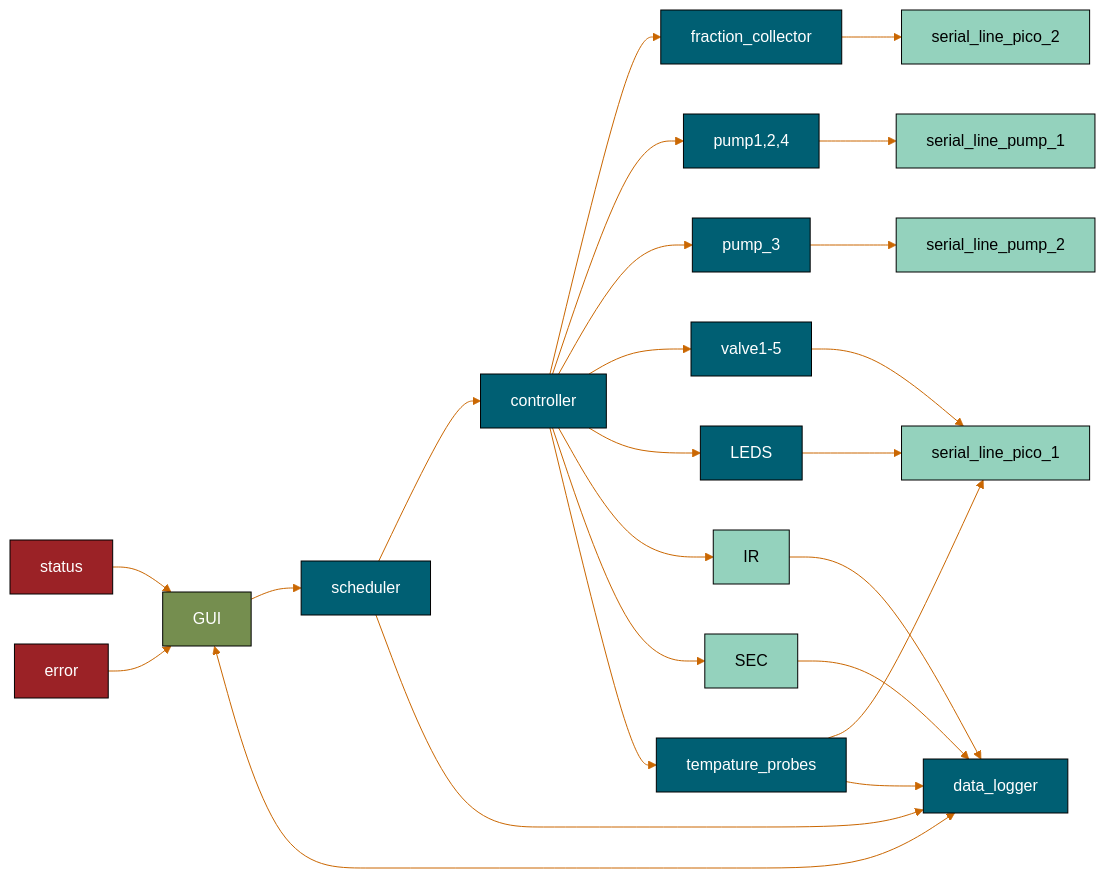
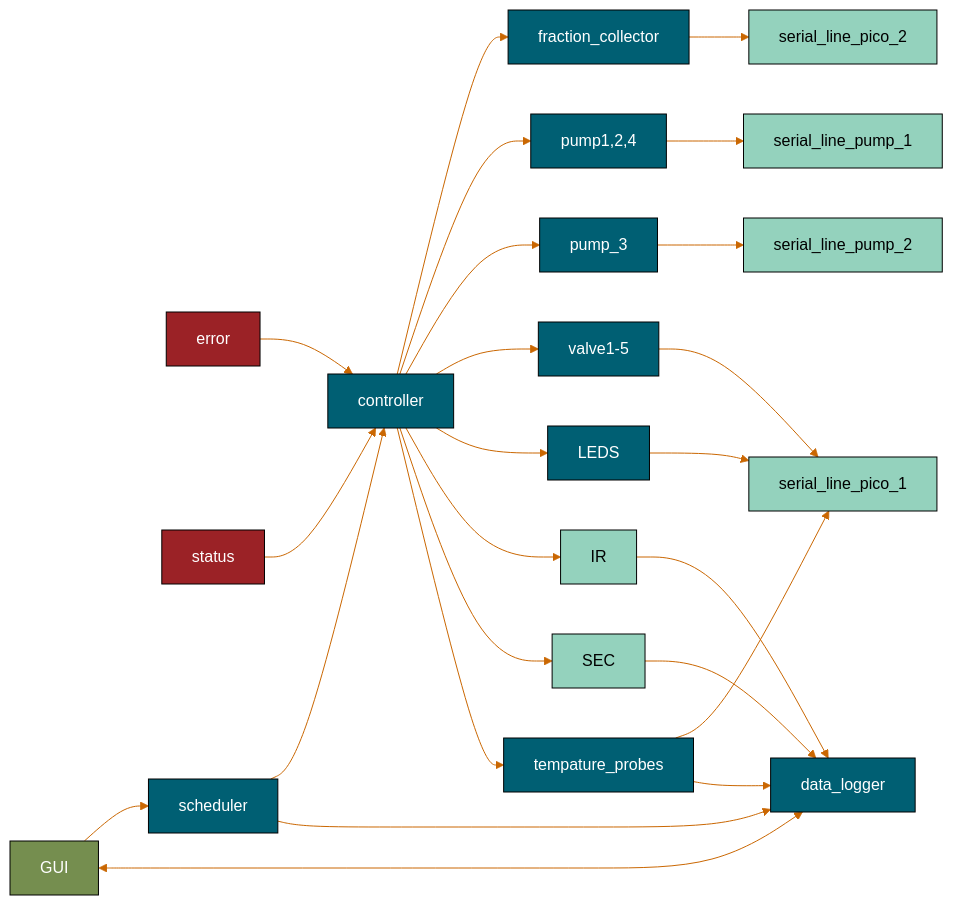
Before and after one commit to dylanwal/ChemBot: the second of 3 diagrams in runs/simple_setup/README.md, drawn with Mermaid. The commit also changed 34 other files, not shown here.

````diff
--- a/runs/simple_setup/README.md
+++ b/runs/simple_setup/README.md
@@ -112,65 +112,65 @@
 ```mermaid
 %%{
     init: {
     'theme':'base',
     'themeVariables': {
         'background': '#404e4d',
         'fontFamily': 'arial',
         'primaryColor': '#005f73',
         'primaryTextColor': '#ffffff',
         'primaryBorderColor': '#000000',
         'lineColor': '#ca6702',
         'tertiaryColor': '#fdf0d5',
         'tertiaryTextColor': '#000000'
     }
     }
 }%%
 flowchart LR
 
     error:::error
     status:::error
     controller
     pump1,2,4
     pump_3
     valve1-5
     serial_line_pump_1:::output
     serial_line_pump_2:::output
     serial_line_pico_1:::output
     serial_line_pico_2:::output
     LEDS
     IR:::output
     SEC:::output
     fraction_collector
      
     controller
     GUI:::GUI
     
     scheduler --> controller
     
     controller --> fraction_collector
     fraction_collector --> serial_line_pico_2
     controller --> pump1,2,4 --> serial_line_pump_1
     controller --> pump_3 --> serial_line_pump_2
     controller --> valve1-5 --> serial_line_pico_1
     controller --> LEDS --> serial_line_pico_1
     controller --> IR
     controller --> SEC
     
-    status --> GUI
-    error --> GUI
+    status --> controller
+    error --> controller
     GUI --> scheduler
     GUI <--> data_logger
     
     scheduler --> data_logger
     controller --> tempature_probes
     tempature_probes --> serial_line_pico_1
     tempature_probes --> data_logger 
     IR --> data_logger
     SEC --> data_logger
 
 
     classDef chem fill:#758E4F
     classDef GUI fill:#758E4F
     classDef error fill:#9b2226
     classDef output fill:#94d2bd,color:#000000
 ```
````
